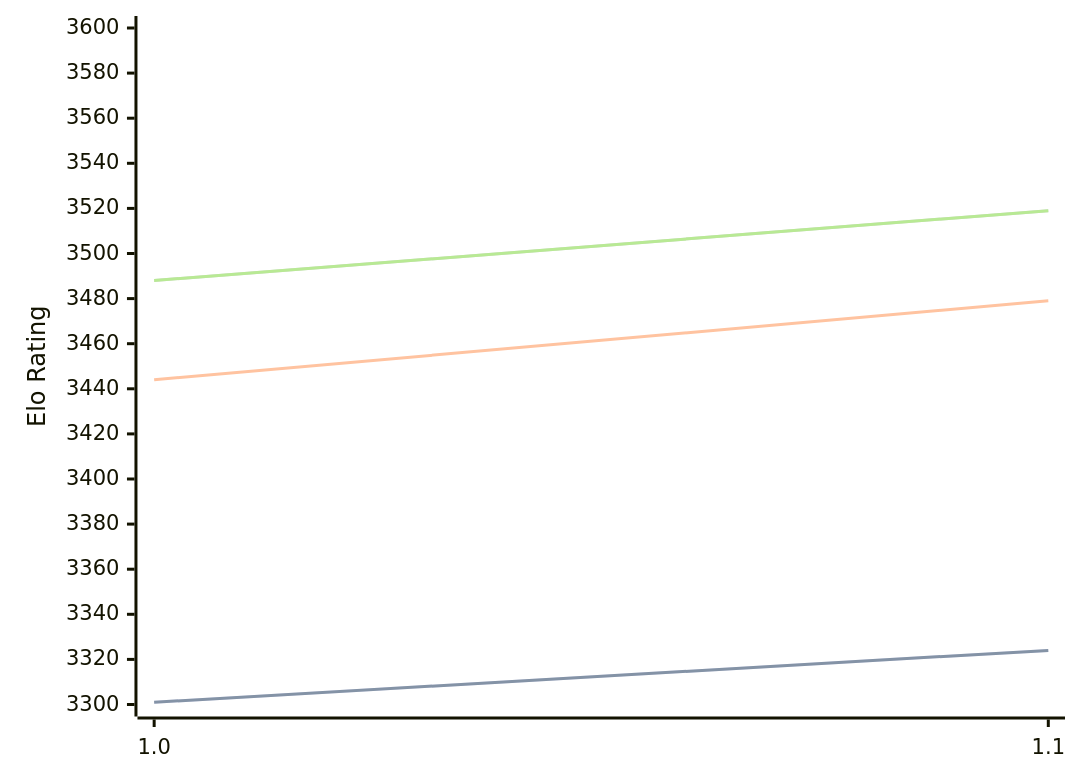
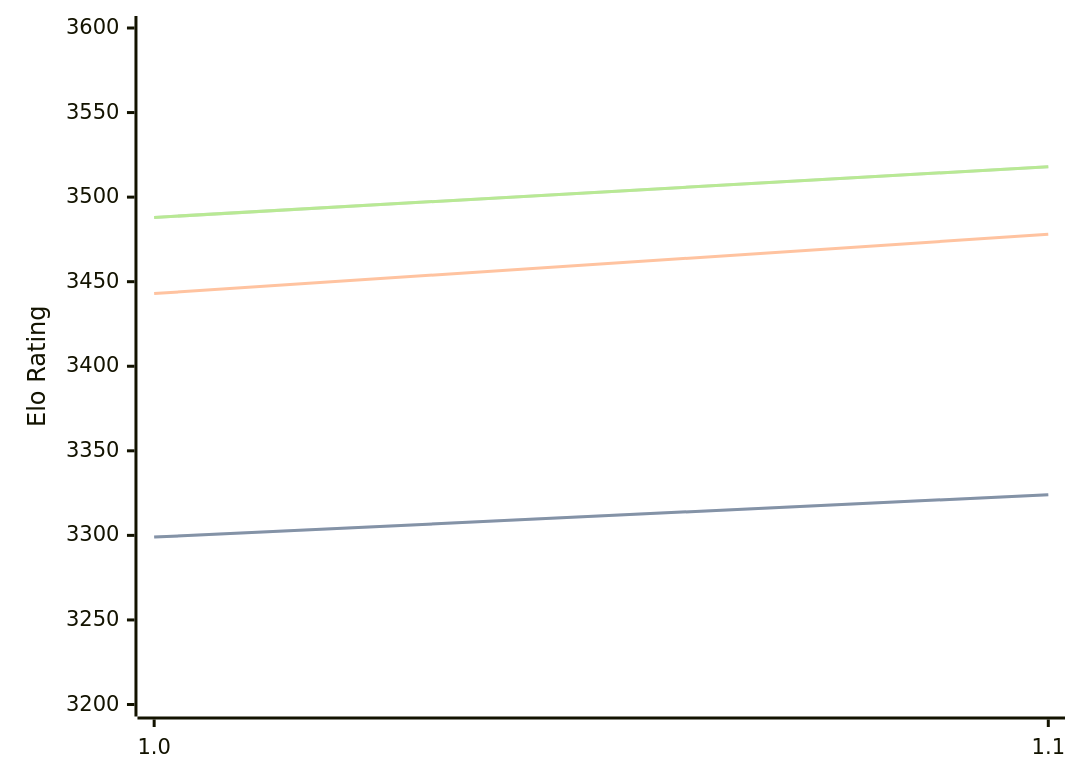
The third of 3 diagrams in engines/Icarus.md (computer-chess-index/cci), drawn with Mermaid before and after one commit. The commit also changed other lines of this file, not shown here.

Commit message:
Update CCI Ratings (ELO VLTC) - 2026-06-27

````diff
--- a/engines/Icarus.md
+++ b/engines/Icarus.md
@@ -65,11 +65,11 @@
 ```mermaid
 %%{init: {"theme":"base","themeVariables":{"seriesColors:['#a3a3a3','#222221','#faa371']}}}%%
 xychart-beta
   x-axis ["1.0", "1.1"]
-  y-axis "Elo Rating" 3300 --> 3600
-  line "STC (8.0+0.08s)" [3301, 3324]
-  line "STC (8.0+0.08s)" [3301, 3324]
-  line "LTC (60.0+0.60s)" [3444, 3479]
-  line "VLTC (2m24s+1.12s)" [3488, 3519]
-  line "VLTC (2m24s+1.12s)" [3488, 3519]
+  y-axis "Elo Rating" 3200 --> 3600
+  line "STC (8.0+0.08s)" [3299, 3324]
+  line "STC (8.0+0.08s)" [3299, 3324]
+  line "LTC (60.0+0.60s)" [3443, 3478]
+  line "VLTC (2m24s+1.12s)" [3488, 3518]
+  line "VLTC (2m24s+1.12s)" [3488, 3518]
 ```
````
